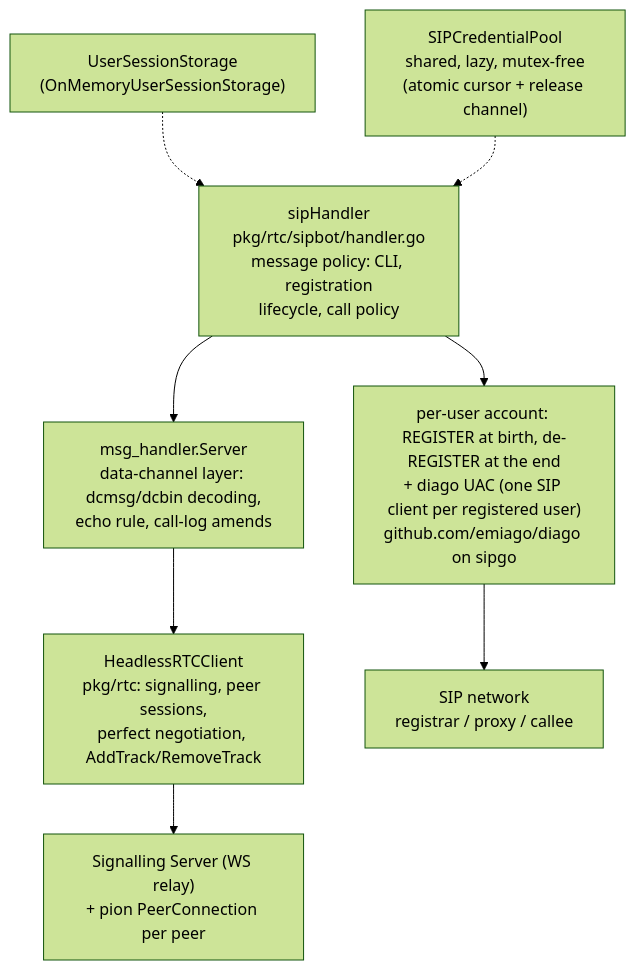
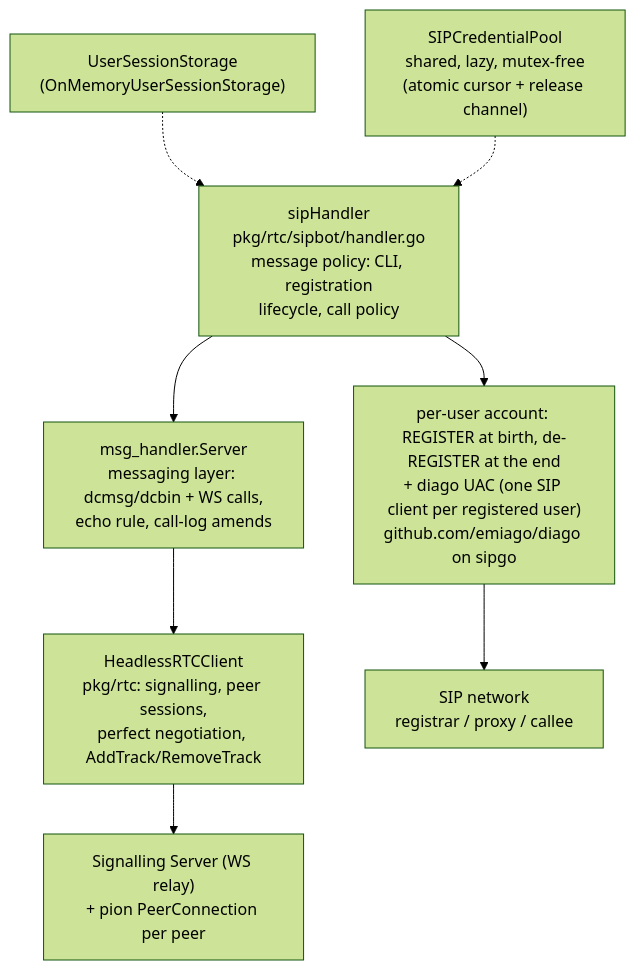
Before and after one commit to cmpxchg16b-nop/personal-site: the first of 3 diagrams in docs/sip-bot.md, drawn with Mermaid (forest theme). The commit also changed other lines of this file and 28 other files, not shown here.

````diff
--- a/docs/sip-bot.md
+++ b/docs/sip-bot.md
@@ -57,10 +56,10 @@
 ```mermaid
 graph TD
-    A["sipHandler<br/>pkg/rtc/sipbot/handler.go<br/>message policy: CLI, registration<br/>lifecycle, call policy"] --> B["msg_handler.Server<br/>data-channel layer: dcmsg/dcbin decoding,<br/>echo rule, call-log amends"]
+    A["sipHandler<br/>pkg/rtc/sipbot/handler.go<br/>message policy: CLI, registration<br/>lifecycle, call policy"] --> B["msg_handler.Server<br/>messaging layer: dcmsg/dcbin + WS calls,<br/>echo rule, call-log amends"]
     B --> C["HeadlessRTCClient<br/>pkg/rtc: signalling, peer sessions,<br/>perfect negotiation, AddTrack/RemoveTrack"]
     C --> D["Signalling Server (WS relay)<br/>+ pion PeerConnection per peer"]
     A --> E["per-user account: REGISTER at birth, de-REGISTER at the end<br/>+ diago UAC (one SIP client per registered user)<br/>github.com/emiago/diago on sipgo"]
     E --> F["SIP network<br/>registrar / proxy / callee"]
     G["UserSessionStorage<br/>(OnMemoryUserSessionStorage)"] -.-> A
     H["SIPCredentialPool<br/>shared, lazy, mutex-free<br/>(atomic cursor + release channel)"] -.-> A
 ```
````
